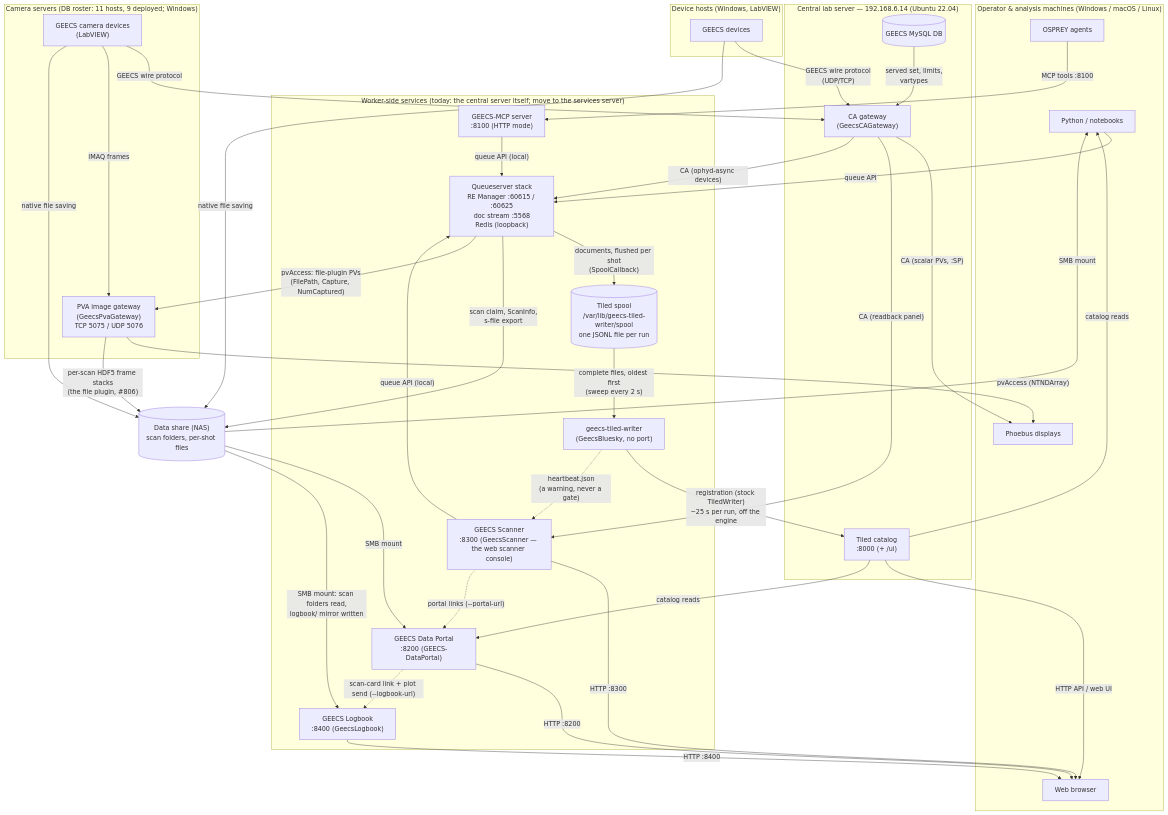
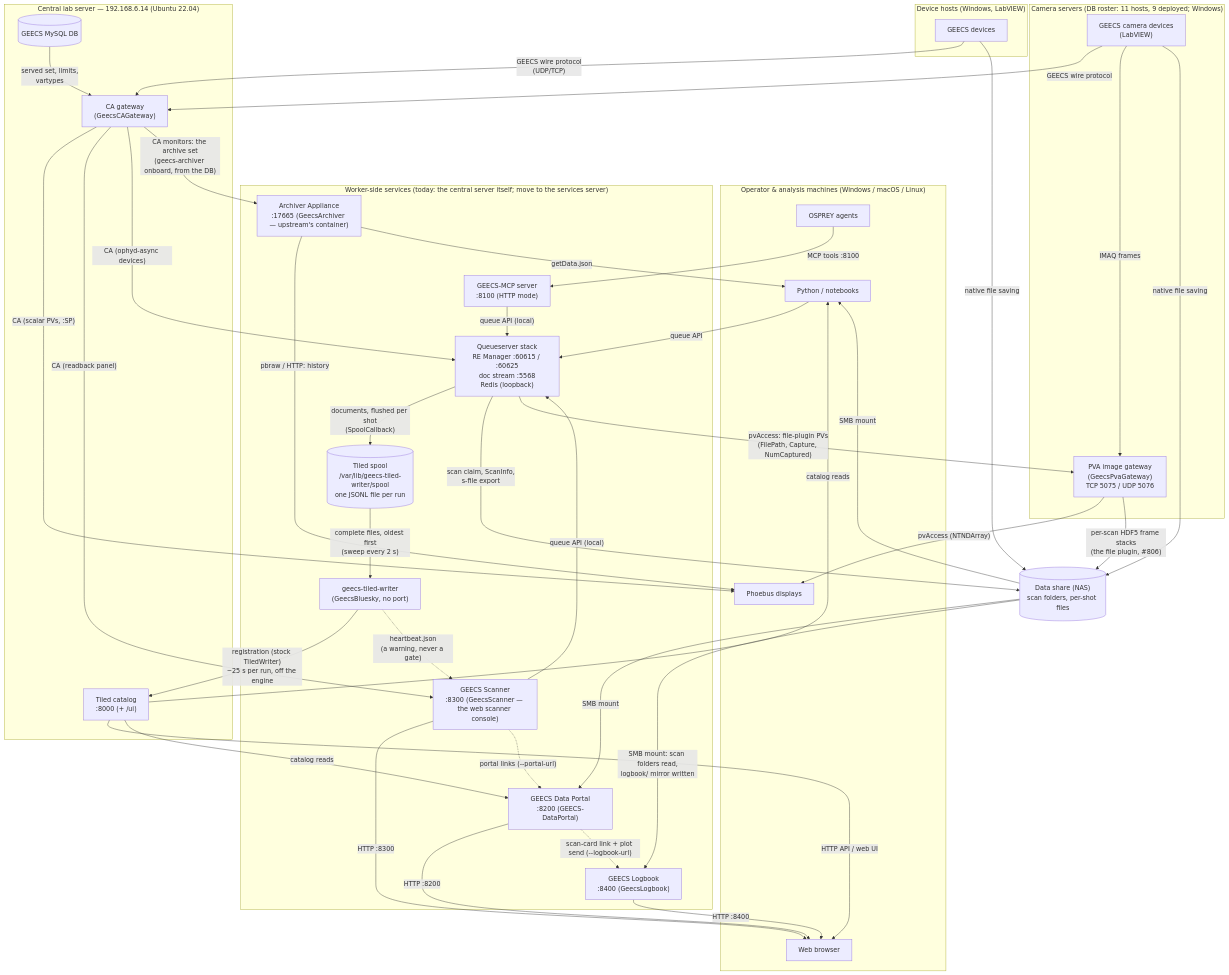
Before and after one commit to GEECS-BELLA/GEECS-Plugins: the diagram in docs/platform/fleet_map.md, drawn with Mermaid. The commit also changed other lines of this file and 20 other files, not shown here.

````diff
--- a/docs/platform/fleet_map.md
+++ b/docs/platform/fleet_map.md
@@ -59,73 +64,77 @@
 ```mermaid
 flowchart TB
     subgraph clients["Operator & analysis machines (Windows / macOS / Linux)"]
         phoebus["Phoebus displays"]
         nb["Python / notebooks"]
         osprey["OSPREY agents"]
         browser["Web browser"]
     end
 
     subgraph central["Central lab server — 192.168.6.14 (Ubuntu 22.04)"]
         cagw["CA gateway<br/>(GeecsCAGateway)"]
         tiled["Tiled catalog<br/>:8000 (+ /ui)"]
         db[("GEECS MySQL DB")]
     end
 
     subgraph worker["Worker-side services (today: the central server itself; move to the services server)"]
         qs["Queueserver stack<br/>RE Manager :60615 / :60625<br/>doc stream :5568<br/>Redis (loopback)"]
         mcp["GEECS-MCP server<br/>:8100 (HTTP mode)"]
         portal["GEECS Data Portal<br/>:8200 (GEECS-DataPortal)"]
         logbook["GEECS Logbook<br/>:8400 (GeecsLogbook)"]
         scanner["GEECS Scanner<br/>:8300 (GeecsScanner — the web scanner console)"]
         spool[("Tiled spool<br/>/var/lib/geecs-tiled-writer/spool<br/>one JSONL file per run")]
         writer["geecs-tiled-writer<br/>(GeecsBluesky, no port)"]
+        archiver["Archiver Appliance<br/>:17665 (GeecsArchiver — upstream's container)"]
     end
 
     subgraph camsrv["Camera servers (DB roster: 11 hosts, 9 deployed; Windows)"]
         cams["GEECS camera devices<br/>(LabVIEW)"]
         pvagw["PVA image gateway<br/>(GeecsPvaGateway)<br/>TCP 5075 / UDP 5076"]
     end
 
     subgraph devhosts["Device hosts (Windows, LabVIEW)"]
         devs["GEECS devices"]
     end
 
     nas[("Data share (NAS)<br/>scan folders, per-shot files")]
 
     devs -- "GEECS wire protocol<br/>(UDP/TCP)" --> cagw
     cams -- "GEECS wire protocol" --> cagw
     cams -- "IMAQ frames" --> pvagw
     db -- "served set, limits,<br/>vartypes" --> cagw
 
     cagw -- "CA (scalar PVs, :SP)" --> phoebus
     cagw -- "CA (readback panel)" --> scanner
     cagw -- "CA (ophyd-async devices)" --> qs
+    cagw -- "CA monitors: the archive set<br/>(geecs-archiver onboard, from the DB)" --> archiver
+    archiver -- "pbraw / HTTP: history" --> phoebus
+    archiver -- "getData.json" --> nb
     pvagw -- "pvAccess (NTNDArray)" --> phoebus
 
     scanner -- "queue API (local)" --> qs
     nb -- "queue API" --> qs
     osprey -- "MCP tools :8100" --> mcp
     mcp -- "queue API (local)" --> qs
 
     qs -- "documents, flushed per shot<br/>(SpoolCallback)" --> spool
     spool -- "complete files, oldest first<br/>(sweep every 2 s)" --> writer
     writer -- "registration (stock TiledWriter)<br/>~25 s per run, off the engine" --> tiled
     writer -. "heartbeat.json<br/>(a warning, never a gate)" .-> scanner
     qs -- "scan claim, ScanInfo,<br/>s-file export" --> nas
     qs -- "pvAccess: file-plugin PVs<br/>(FilePath, Capture, NumCaptured)" --> pvagw
     pvagw -- "per-scan HDF5 frame stacks<br/>(the file plugin, #806)" --> nas
     cams -- "native file saving" --> nas
     devs -- "native file saving" --> nas
 
     tiled -- "HTTP API / web UI" --> browser
     tiled -- "catalog reads" --> nb
     tiled -- "catalog reads" --> portal
     nas -- "SMB mount" --> portal
     portal -- "HTTP :8200" --> browser
     portal -. "scan-card link + plot send (--logbook-url)" .-> logbook
     nas -- "SMB mount: scan folders read,<br/>logbook/ mirror written" --> logbook
     logbook -- "HTTP :8400" --> browser
     scanner -- "HTTP :8300" --> browser
     scanner -. "portal links (--portal-url)" .-> portal
     nas -- "SMB mount" --> nb
 ```
````
